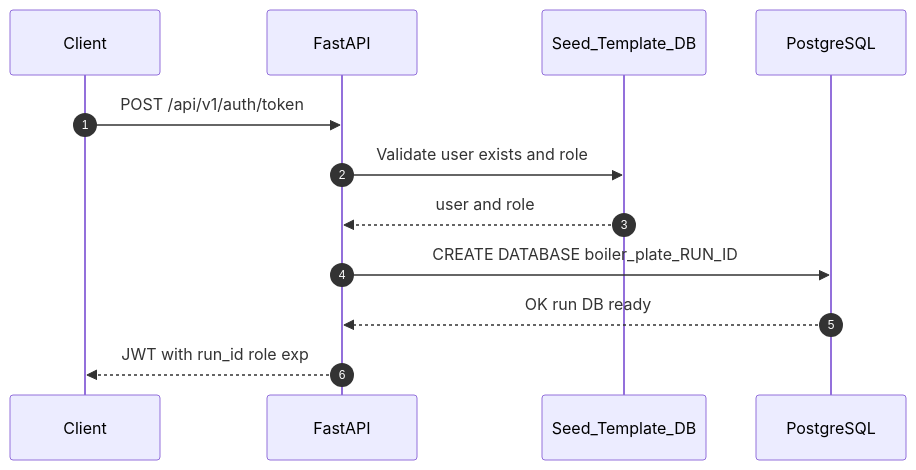
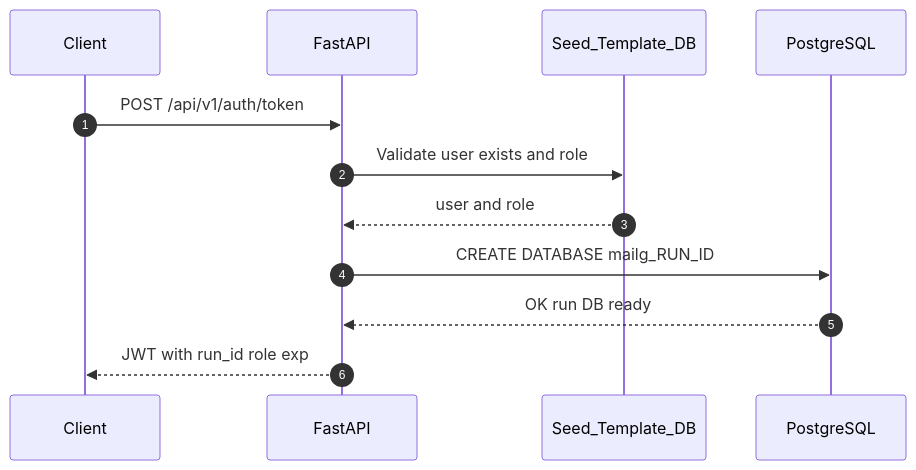
One commit to dinushaw83/mailg-test changed the second of 4 diagrams in README.md. Above: the diagram before and after it, drawn with Mermaid. The commit also changed other lines of this file and 13 other files, not shown here.

Commit message:
Refactor project to rename boilerplate to Mailg, updating environment variables, database configurations, and documentation accordingly.

````diff
--- a/README.md
+++ b/README.md
@@ -148,15 +148,15 @@
 ```mermaid
 sequenceDiagram
     autonumber
     participant Client
     participant API as FastAPI
     participant Seed as Seed_Template_DB
     participant Postgres as PostgreSQL
 
     Client->>API: POST /api/v1/auth/token
     API->>Seed: Validate user exists and role
     Seed-->>API: user and role
-    API->>Postgres: CREATE DATABASE boiler_plate_RUN_ID
+    API->>Postgres: CREATE DATABASE mailg_RUN_ID
     Postgres-->>API: OK run DB ready
     API-->>Client: JWT with run_id role exp
 ```
````
